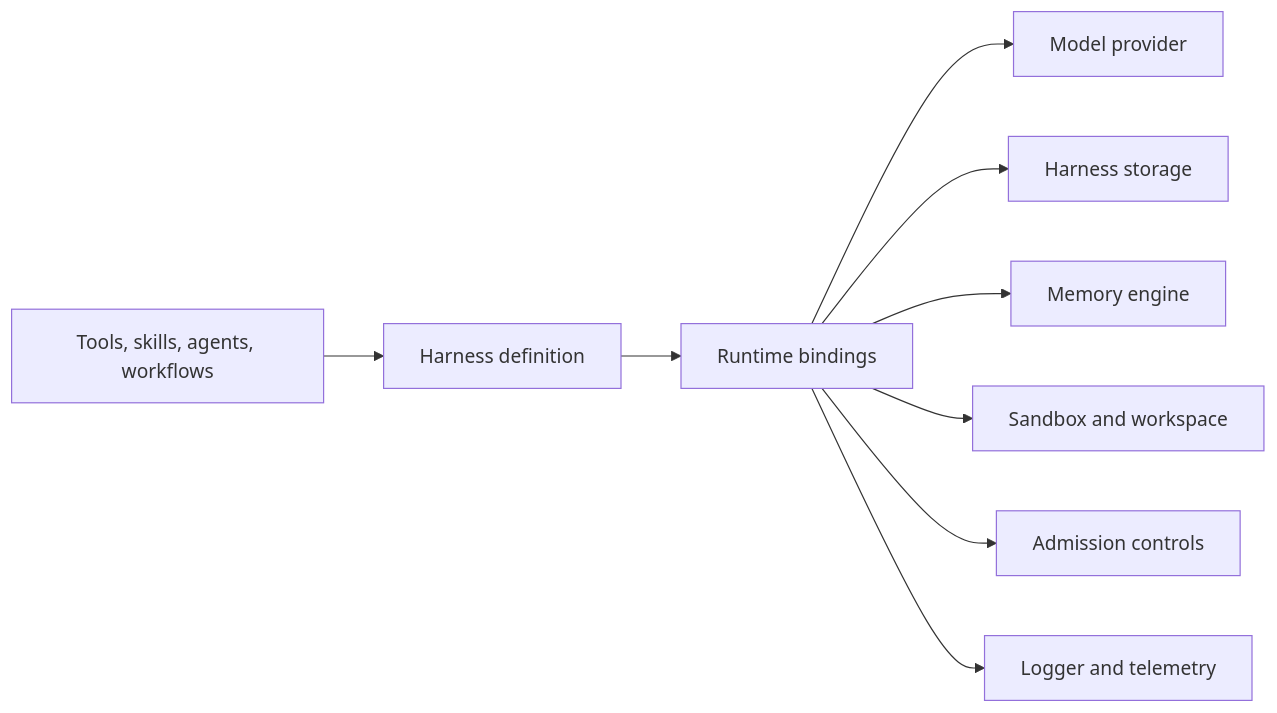
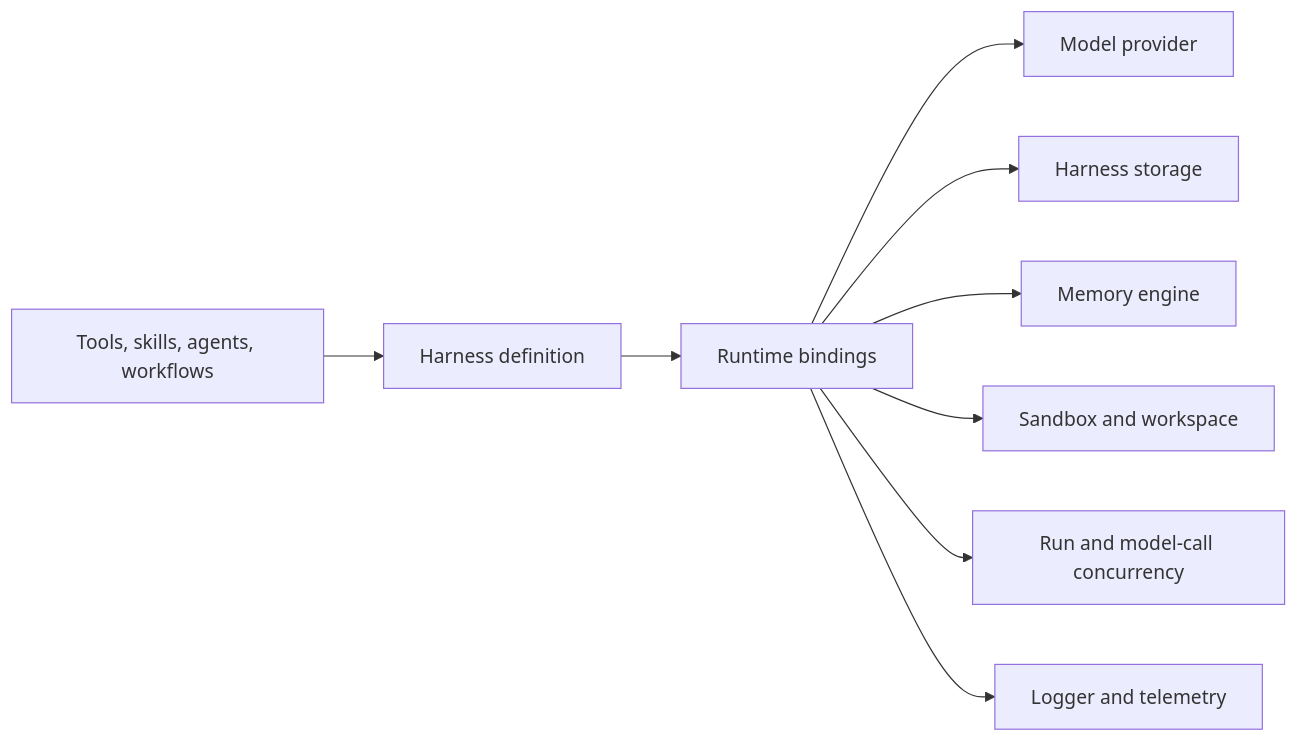
Before and after one commit to puristajs/harness: the diagram in docs/guides/extending-and-customizing.md, drawn with Mermaid. The commit also changed other lines of this file and 57 other files, not shown here.

````diff
--- a/docs/guides/extending-and-customizing.md
+++ b/docs/guides/extending-and-customizing.md
@@ -7,11 +7,11 @@
 ```mermaid
 flowchart LR
   Definitions["Tools, skills, agents, workflows"] --> Harness["Harness definition"]
   Harness --> Runtime["Runtime bindings"]
   Runtime --> Model["Model provider"]
   Runtime --> Storage["Harness storage"]
   Runtime --> Memory["Memory engine"]
   Runtime --> Sandbox["Sandbox and workspace"]
-  Runtime --> Admission["Admission controls"]
+  Runtime --> Concurrency["Run and model-call concurrency"]
   Runtime --> Telemetry["Logger and telemetry"]
 ```
````
